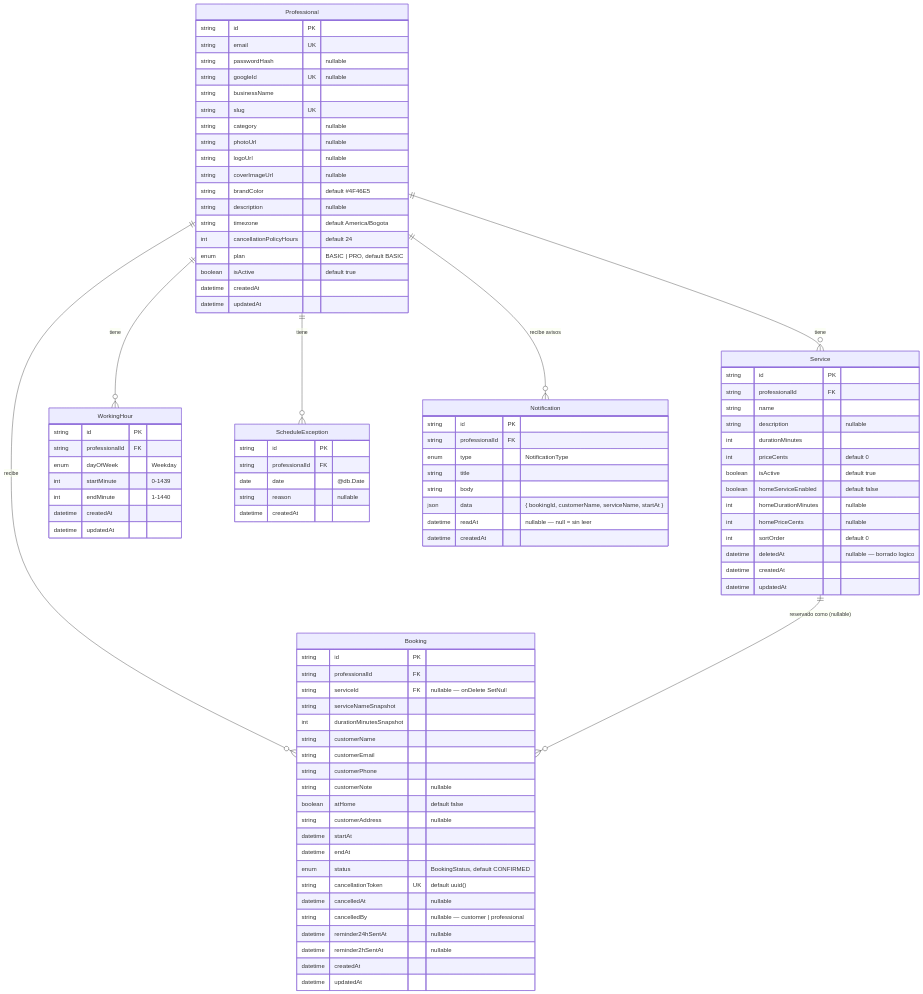
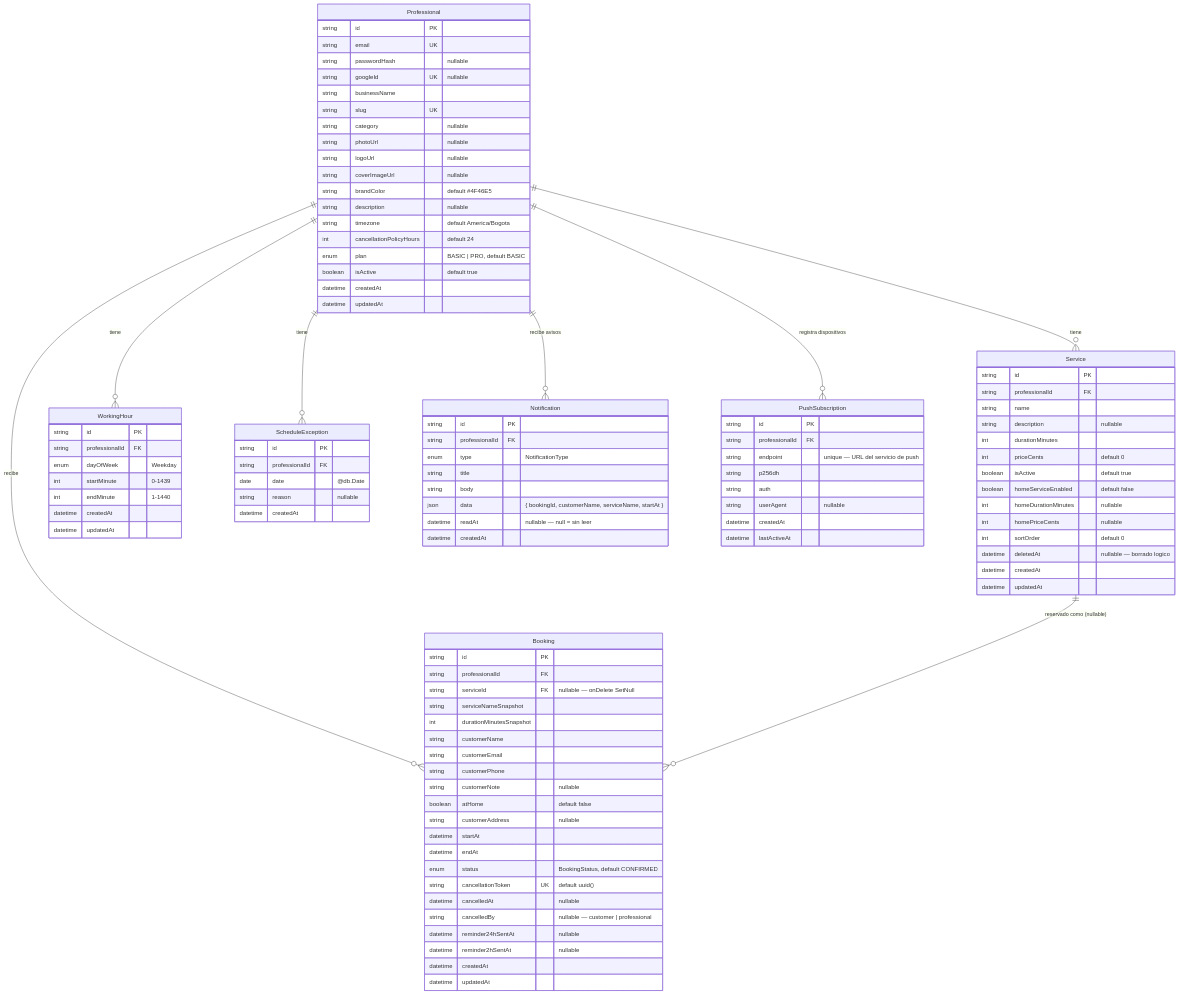
One commit to Emberalab/Agendya changed the diagram in docs/src/content/docs/database/er-model.md. Above: the diagram before and after it, drawn with Mermaid. The commit also changed other lines of this file and 54 other files, not shown here.

````diff
--- a/docs/src/content/docs/database/er-model.md
+++ b/docs/src/content/docs/database/er-model.md
@@ -15,6 +15,7 @@
   Professional ||--o{ ScheduleException : "tiene"
   Professional ||--o{ Booking : "recibe"
   Professional ||--o{ Notification : "recibe avisos"
+  Professional ||--o{ PushSubscription : "registra dispositivos"
   Service ||--o{ Booking : "reservado como (nullable)"
 
   Professional {
@@ -107,4 +108,15 @@
     datetime readAt "nullable — null = sin leer"
     datetime createdAt
   }
+
+  PushSubscription {
+    string id PK
+    string professionalId FK
+    string endpoint "unique — URL del servicio de push"
+    string p256dh
+    string auth
+    string userAgent "nullable"
+    datetime createdAt
+    datetime lastActiveAt
+  }
 ```
````
